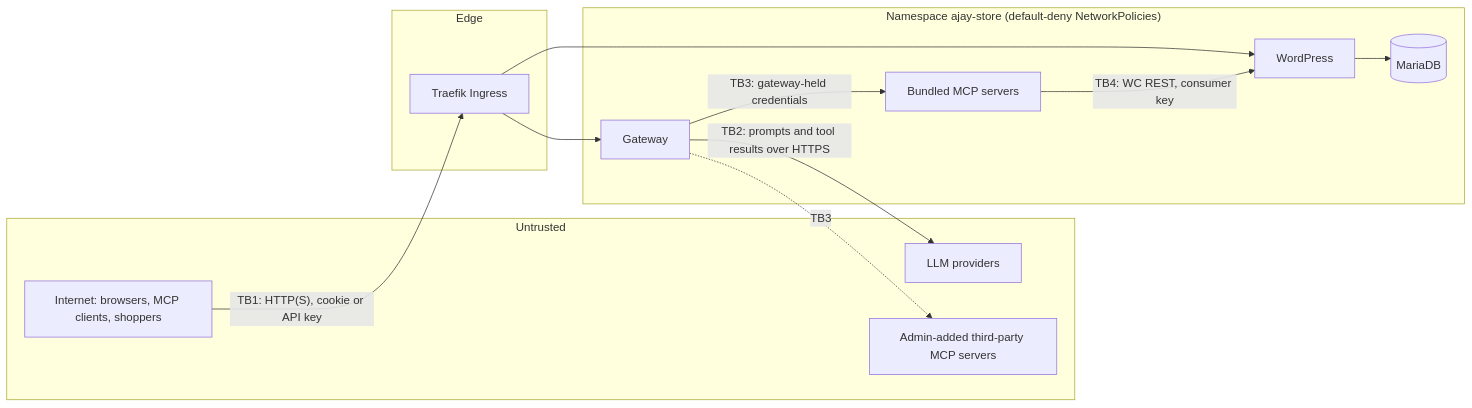
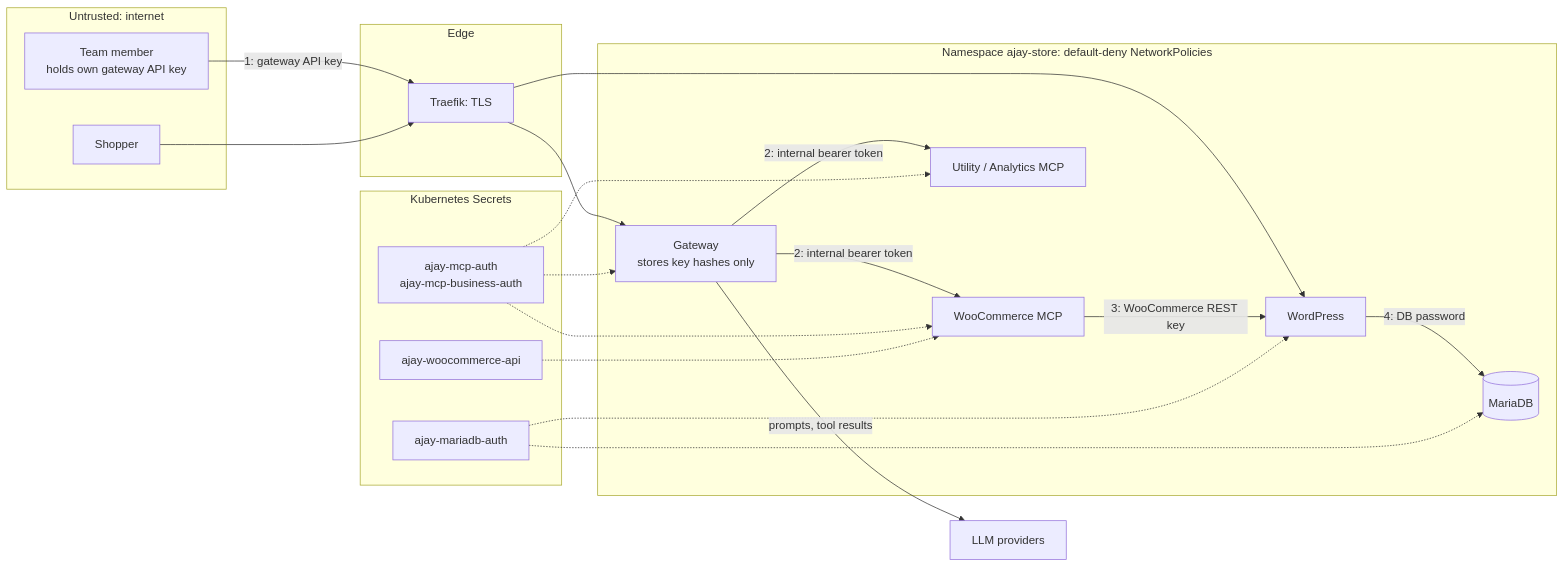
Before and after one commit to Ajay-Ankam/WooCommerceMCP: the diagram in docs/threat-model.md, drawn with Mermaid. The commit also changed other lines of this file and 9 other files, not shown here.

````diff
--- a/docs/threat-model.md
+++ b/docs/threat-model.md
@@ -29,25 +20,36 @@
 ```mermaid
 flowchart LR
-  subgraph Untrusted
-    I[Internet: browsers, MCP clients, shoppers]
-    LLM[LLM providers]
-    UP[Admin-added third-party MCP servers]
+  subgraph Public["Untrusted: internet"]
+    U["Team member<br/>holds own gateway API key"]
+    SH[Shopper]
   end
   subgraph Edge
-    TR[Traefik Ingress]
+    TR["Traefik: TLS"]
   end
-  subgraph Trusted["Namespace ajay-store (default-deny NetworkPolicies)"]
-    GW[Gateway]
-    MCP[Bundled MCP servers]
+  subgraph NS["Namespace ajay-store: default-deny NetworkPolicies"]
+    GW["Gateway<br/>stores key hashes only"]
+    WOO[WooCommerce MCP]
+    BIZ[Utility / Analytics MCP]
     WP[WordPress]
     DB[(MariaDB)]
   end
-  I -->|"TB1: HTTP(S), cookie or API key"| TR
-  TR --> GW
-  TR --> WP
-  GW -->|"TB2: prompts and tool results over HTTPS"| LLM
-  GW -->|"TB3: gateway-held credentials"| MCP
-  GW -.->|TB3| UP
-  MCP -->|"TB4: WC REST, consumer key"| WP
-  WP --> DB
+  subgraph SEC[Kubernetes Secrets]
+    S1[ajay-mcp-auth<br/>ajay-mcp-business-auth]
+    S2[ajay-woocommerce-api]
+    S3[ajay-mariadb-auth]
+  end
+  LLM[LLM providers]
+  U -->|"1: gateway API key"| TR --> GW
+  SH --> TR --> WP
+  GW -->|"2: internal bearer token"| WOO
+  GW -->|"2: internal bearer token"| BIZ
+  WOO -->|"3: WooCommerce REST key"| WP
+  WP -->|"4: DB password"| DB
+  GW -->|"prompts, tool results"| LLM
+  S1 -.-> GW
+  S1 -.-> WOO
+  S1 -.-> BIZ
+  S2 -.-> WOO
+  S3 -.-> WP
+  S3 -.-> DB
 ```
````
